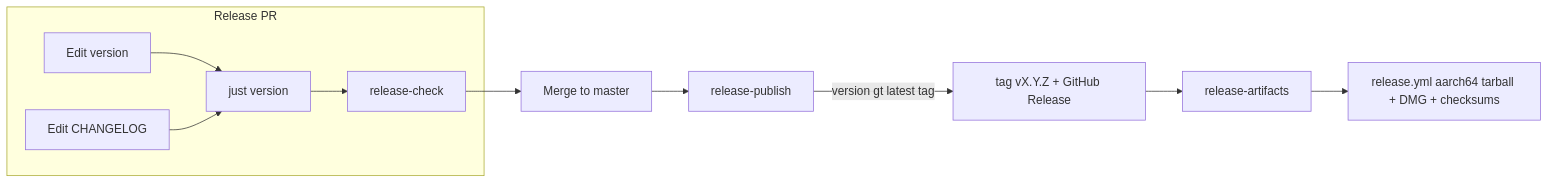
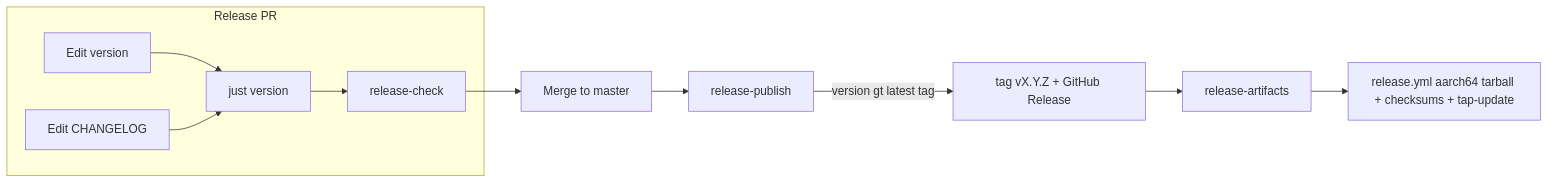
One commit to rubenlr/workpot changed the diagram in docs/releasing.md. Above: the diagram before and after it, drawn with Mermaid. The commit also changed other lines of this file and 1 other file, not shown here.

````diff
--- a/docs/releasing.md
+++ b/docs/releasing.md
@@ -31,16 +31,16 @@
 ```mermaid
 flowchart LR
   subgraph pr [Release PR]
     V[Edit version]
     C[Edit CHANGELOG]
     J[just version]
     V --> J
     C --> J
     J --> CI[release-check]
   end
   CI --> Merge[Merge to master]
   Merge --> Pub[release-publish]
   Pub -->|"version gt latest tag"| Tag["tag vX.Y.Z + GitHub Release"]
   Tag --> Art[release-artifacts]
-  Art --> Bin[release.yml aarch64 tarball + DMG + checksums]
+  Art --> Bin[release.yml aarch64 tarball + checksums + tap-update]
 ```
````
